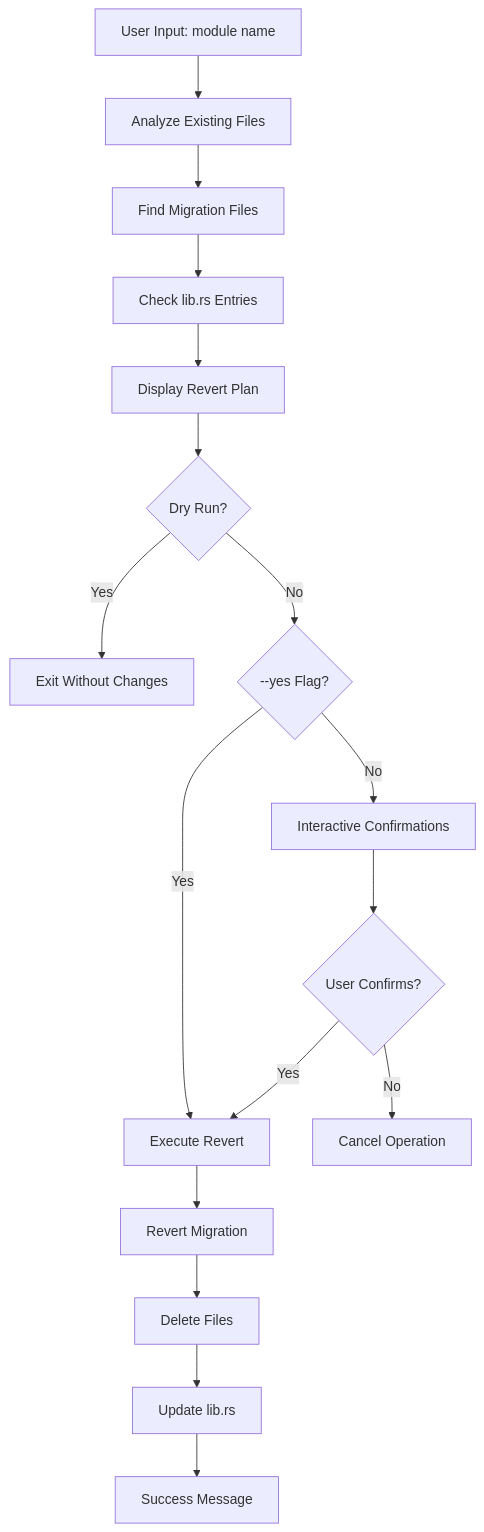
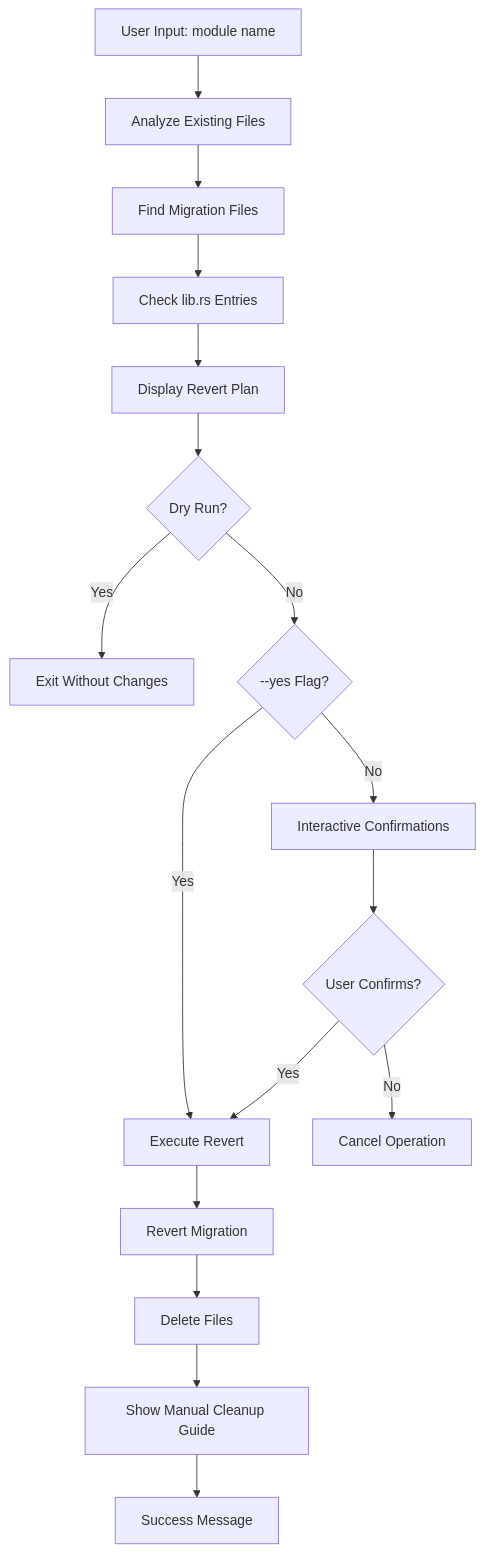
The second of 2 diagrams in docs/guides/16-module-generator-first-principles.md (quanhua92/rust-fullstack-starter), drawn with Mermaid before and after one commit. The commit also changed other lines of this file and 3 other files, not shown here.

````diff
--- a/docs/guides/16-module-generator-first-principles.md
+++ b/docs/guides/16-module-generator-first-principles.md
@@ -165,19 +168,19 @@
 ```mermaid
 graph TD
     A[User Input: module name] --> B[Analyze Existing Files]
     B --> C[Find Migration Files]
     C --> D[Check lib.rs Entries]
     D --> E[Display Revert Plan]
     E --> F{Dry Run?}
     F -->|Yes| G[Exit Without Changes]
     F -->|No| H{--yes Flag?}
     H -->|No| I[Interactive Confirmations]
     H -->|Yes| J[Execute Revert]
     I --> K{User Confirms?}
     K -->|No| L[Cancel Operation]
     K -->|Yes| J
     J --> M[Revert Migration]
     M --> N[Delete Files]
-    N --> O[Update lib.rs]
+    N --> O[Show Manual Cleanup Guide]
     O --> P[Success Message]
 ```
````
